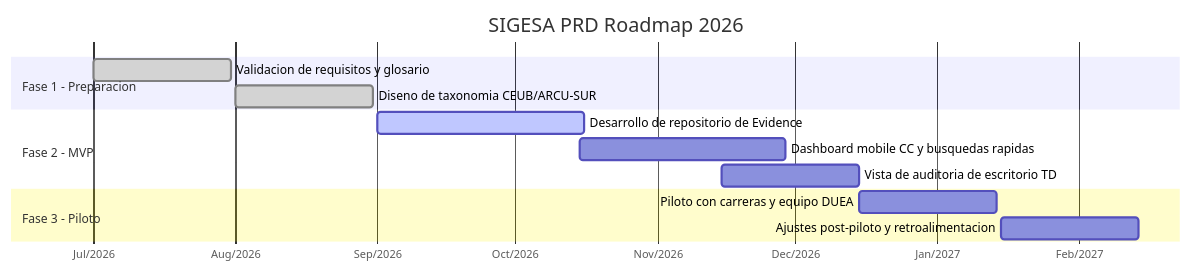
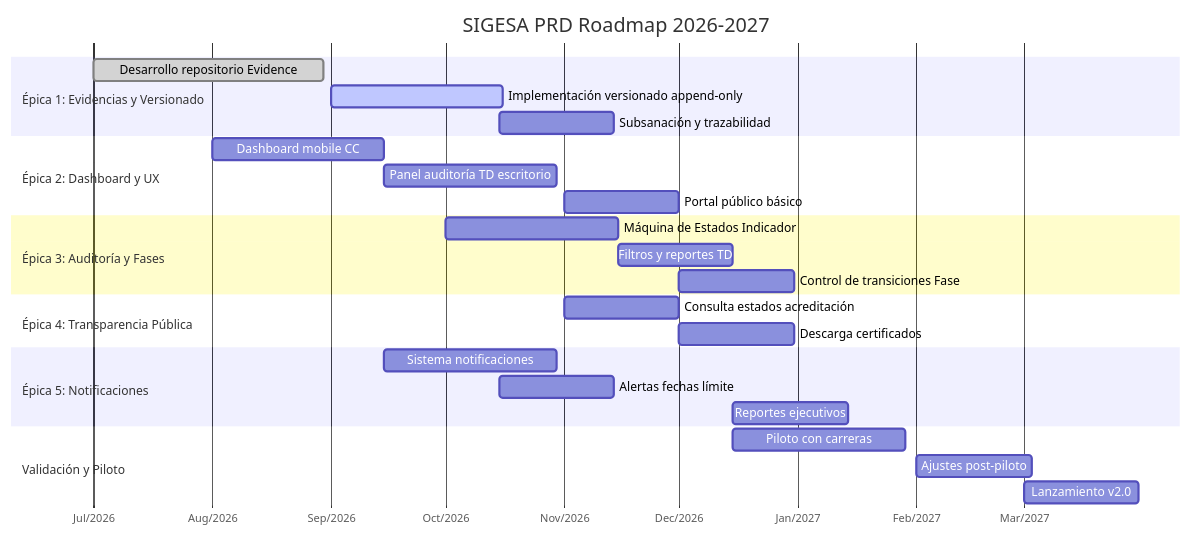
One commit to AcredIA-UMSS/sigesa-docs changed the diagram in team/alexAlvarez/docs/03_prd/roadmap.md. Above: the diagram before and after it, drawn with Mermaid. The commit also changed other lines of this file and 9 other files, not shown here.

````diff
--- a/team/alexAlvarez/docs/03_prd/roadmap.md
+++ b/team/alexAlvarez/docs/03_prd/roadmap.md
@@ -7,16 +7,29 @@
 ```mermaid
 gantt
-  title SIGESA PRD Roadmap 2026
+  title SIGESA PRD Roadmap 2026-2027
   dateFormat YYYY-MM-DD
   axisFormat %b/%Y
-  section Fase 1 - Preparacion
-    Validacion de requisitos y glosario :done, reqs, 2026-07-01, 30d
-    Diseno de taxonomia CEUB/ARCU-SUR :done, tax, 2026-08-01, 30d
-  section Fase 2 - MVP
-    Desarrollo de repositorio de Evidence :active, repo, 2026-09-01, 45d
-    Dashboard mobile CC y busquedas rapidas :mvp1, 2026-10-15, 45d
-    Vista de auditoria de escritorio TD :mvp2, 2026-11-15, 30d
-  section Fase 3 - Piloto
-    Piloto con carreras y equipo DUEA :pilot, 2026-12-15, 30d
-    Ajustes post-piloto y retroalimentacion :adjust, 2027-01-15, 30d
+  section Épica 1: Evidencias y Versionado
+    Desarrollo repositorio Evidence: done, repo, 2026-07-01, 60d
+    Implementación versionado append-only: active, ver, 2026-09-01, 45d
+    Subsanación y trazabilidad: subs, 2026-10-15, 30d
+  section Épica 2: Dashboard y UX
+    Dashboard mobile CC: mob, 2026-08-01, 45d
+    Panel auditoría TD escritorio: desk, 2026-09-15, 45d
+    Portal público básico: pub, 2026-11-01, 30d
+  section Épica 3: Auditoría y Fases
+    Máquina de Estados Indicador: state, 2026-10-01, 45d
+    Filtros y reportes TD: filt, 2026-11-15, 30d
+    Control de transiciones Fase: trans, 2026-12-01, 30d
+  section Épica 4: Transparencia Pública
+    Consulta estados acreditación: cons, 2026-11-01, 30d
+    Descarga certificados: cert, 2026-12-01, 30d
+  section Épica 5: Notificaciones
+    Sistema notificaciones: notif, 2026-09-15, 45d
+    Alertas fechas límite: alert, 2026-10-15, 30d
+    Reportes ejecutivos: rep, 2026-12-15, 30d
+  section Validación y Piloto
+    Piloto con carreras: pilot, 2026-12-15, 45d
+    Ajustes post-piloto: adj, 2027-02-01, 30d
+    Lanzamiento v2.0: launch, 2027-03-01, 30d
 ```
````
